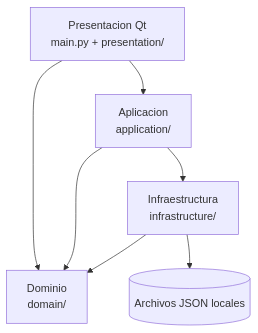
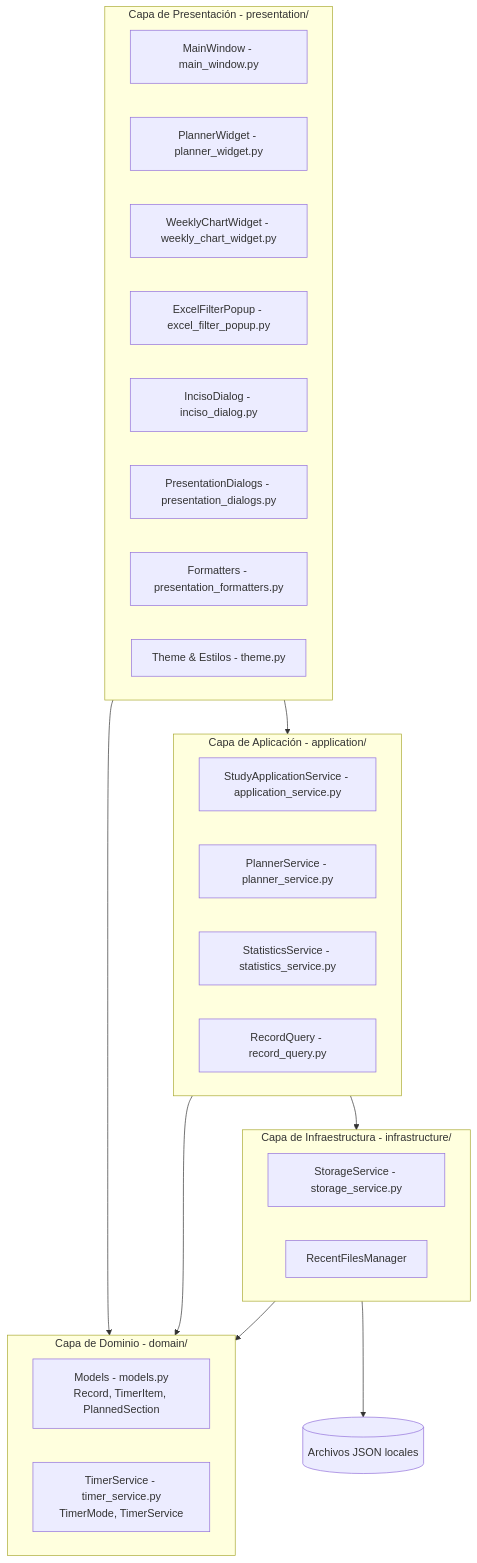
Before and after one commit to matias2707/timetrial_study: the diagram in docs/ARQUITECTURA_2026-09-07.md, drawn with Mermaid. The commit also changed other lines of this file and 10 other files, not shown here.

````diff
--- a/docs/ARQUITECTURA_2026-09-07.md
+++ b/docs/ARQUITECTURA_2026-09-07.md
@@ -19,15 +20,39 @@
 ```mermaid
 flowchart TD
-    UI[Presentacion Qt\nmain.py + presentation/]
-    APP[Aplicacion\napplication/]
-    DOMAIN[Dominio\ndomain/]
-    INFRA[Infraestructura\ninfrastructure/]
+    subgraph UI [Capa de Presentación - presentation/]
+        MW[MainWindow - main_window.py]
+        PW[PlannerWidget - planner_widget.py]
+        WC[WeeklyChartWidget - weekly_chart_widget.py]
+        EF[ExcelFilterPopup - excel_filter_popup.py]
+        ID[IncisoDialog - inciso_dialog.py]
+        PD[PresentationDialogs - presentation_dialogs.py]
+        PF[Formatters - presentation_formatters.py]
+        TH[Theme & Estilos - theme.py]
+    end
+
+    subgraph APP [Capa de Aplicación - application/]
+        AS[StudyApplicationService - application_service.py]
+        PS[PlannerService - planner_service.py]
+        SS[StatisticsService - statistics_service.py]
+        RQ[RecordQuery - record_query.py]
+    end
+
+    subgraph DOMAIN [Capa de Dominio - domain/]
+        MD[Models - models.py\nRecord, TimerItem, PlannedSection]
+        TS[TimerService - timer_service.py\nTimerMode, TimerService]
+    end
+
+    subgraph INFRA [Capa de Infraestructura - infrastructure/]
+        ST[StorageService - storage_service.py]
+        RF[RecentFilesManager]
+    end
+
     JSON[(Archivos JSON locales)]
 
     UI --> APP
     UI --> DOMAIN
     APP --> DOMAIN
     APP --> INFRA
     INFRA --> DOMAIN
     INFRA --> JSON
 ```
````
